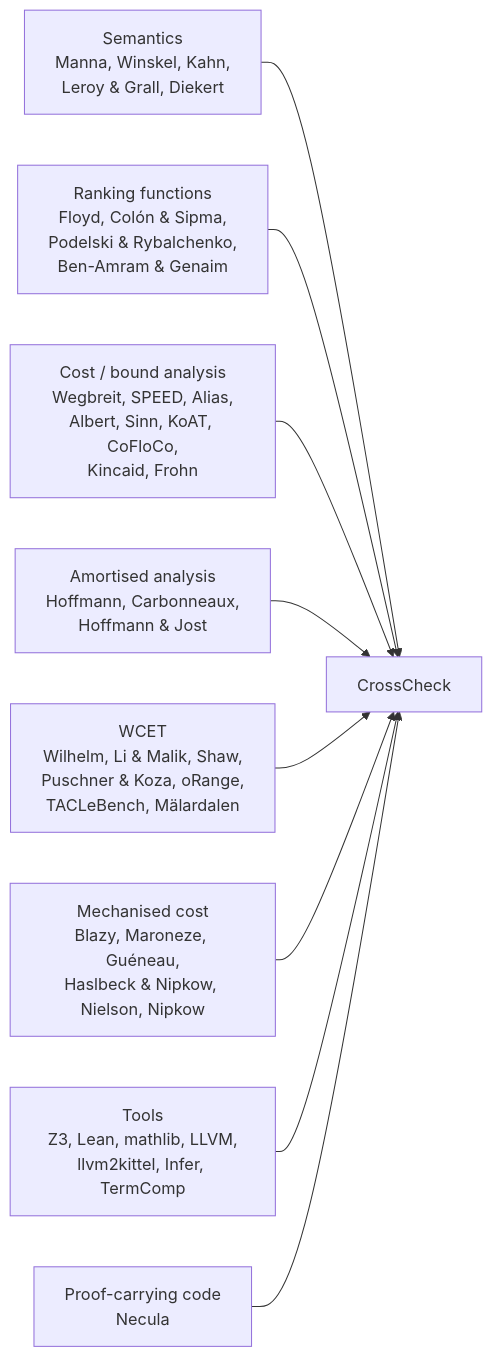
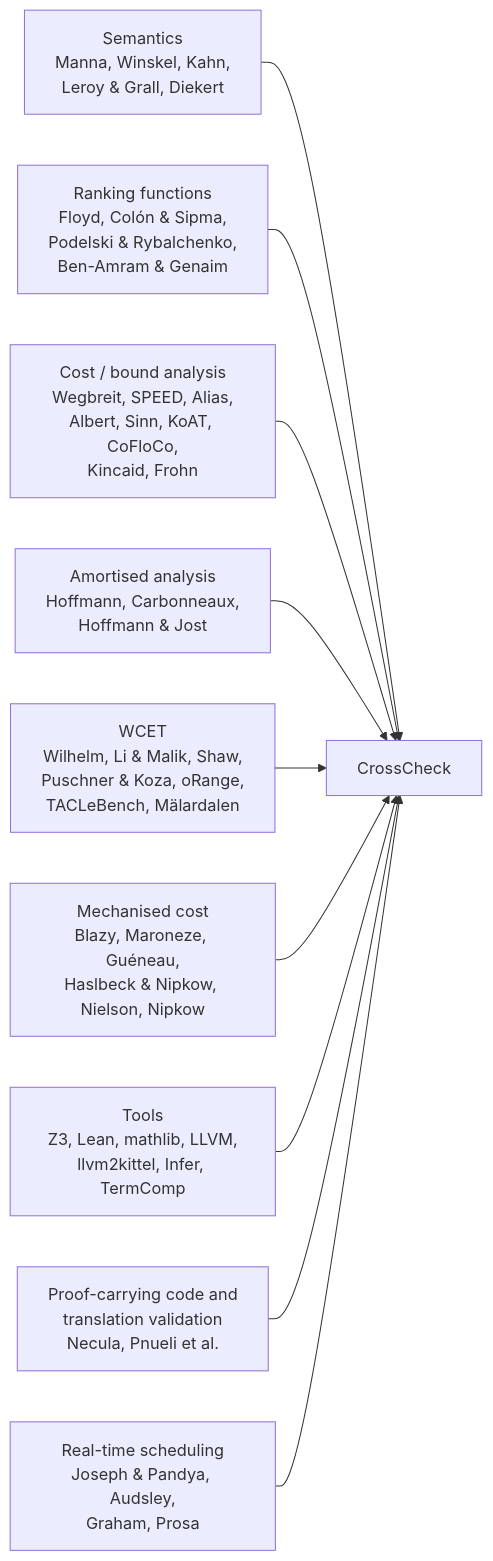
The diagram in docs/guide/06-bibliography.md (ldallolio/crosscheck), drawn with Mermaid before and after one commit. The commit also changed other lines of this file and 31 other files, not shown here.

````diff
--- a/docs/guide/06-bibliography.md
+++ b/docs/guide/06-bibliography.md
@@ -13,11 +13,12 @@
 ```mermaid
 flowchart LR
   SEM["Semantics<br/>Manna, Winskel, Kahn,<br/>Leroy & Grall, Diekert"] --> CC["CrossCheck"]
   TERM["Ranking functions<br/>Floyd, Colón & Sipma,<br/>Podelski & Rybalchenko,<br/>Ben-Amram & Genaim"] --> CC
   COST["Cost / bound analysis<br/>Wegbreit, SPEED, Alias,<br/>Albert, Sinn, KoAT, CoFloCo,<br/>Kincaid, Frohn"] --> CC
   AARA["Amortised analysis<br/>Hoffmann, Carbonneaux,<br/>Hoffmann & Jost"] --> CC
   WCET["WCET<br/>Wilhelm, Li & Malik, Shaw,<br/>Puschner & Koza, oRange,<br/>TACLeBench, Mälardalen"] --> CC
   MECH["Mechanised cost<br/>Blazy, Maroneze, Guéneau,<br/>Haslbeck & Nipkow, Nielson, Nipkow"] --> CC
   TOOLS["Tools<br/>Z3, Lean, mathlib, LLVM,<br/>llvm2kittel, Infer, TermComp"] --> CC
-  PCC["Proof-carrying code<br/>Necula"] --> CC
+  PCC["Proof-carrying code and<br/>translation validation<br/>Necula, Pnueli et al."] --> CC
+  RT["Real-time scheduling<br/>Joseph & Pandya, Audsley,<br/>Graham, Prosa"] --> CC
 ```
````
